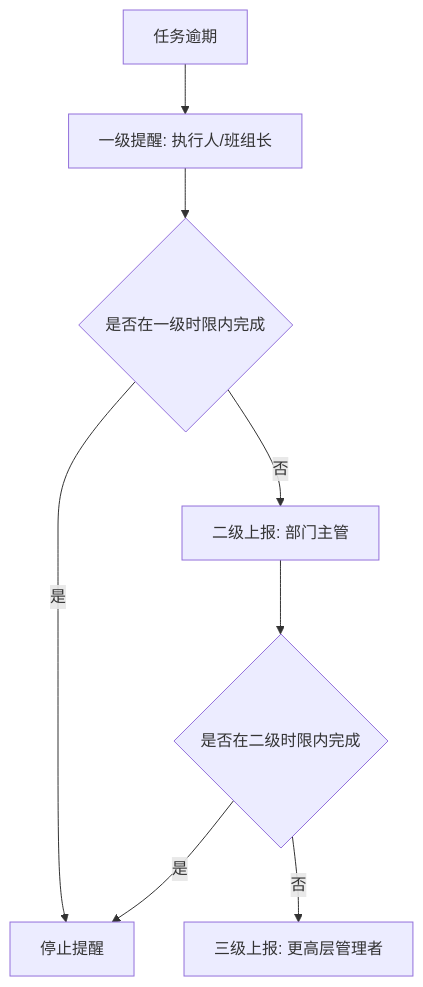
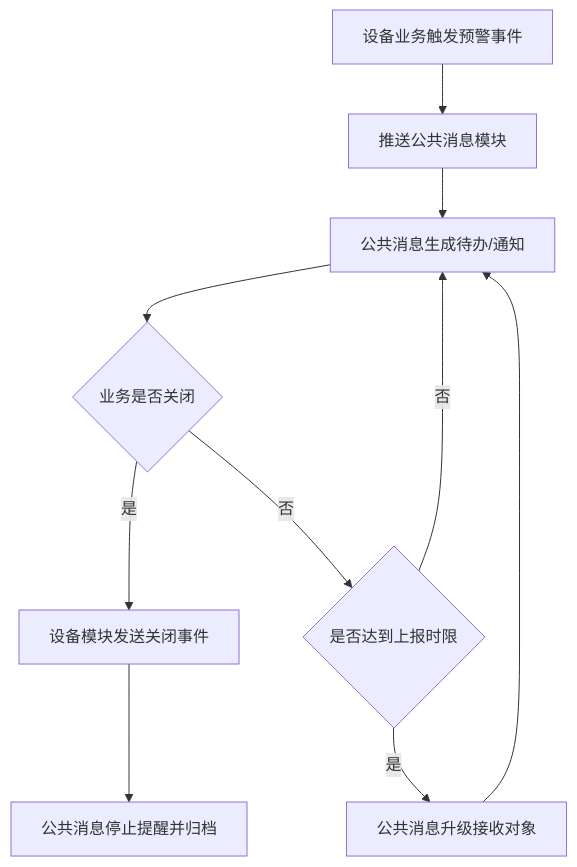
Before and after one commit to front-yummy/equipment-management-standard: the diagram in 需求分析/07-预警通知与逐级上报.md, drawn with Mermaid. The commit also changed other lines of this file and 40 other files, not shown here.

````diff
--- a/需求分析/07-预警通知与逐级上报.md
+++ b/需求分析/07-预警通知与逐级上报.md
@@ -22,10 +35,12 @@
 ```mermaid
 flowchart TD
-    A[任务逾期] --> B[一级提醒: 执行人/班组长]
-    B --> C{是否在一级时限内完成}
-    C -->|是| D[停止提醒]
-    C -->|否| E[二级上报: 部门主管]
-    E --> F{是否在二级时限内完成}
-    F -->|是| D
-    F -->|否| G[三级上报: 更高层管理者]
+    A[设备业务触发预警事件] --> B[推送公共消息模块]
+    B --> C[公共消息生成待办/通知]
+    C --> D{业务是否关闭}
+    D -->|是| E[设备模块发送关闭事件]
+    E --> F[公共消息停止提醒并归档]
+    D -->|否| G{是否达到上报时限}
+    G -->|否| C
+    G -->|是| H[公共消息升级接收对象]
+    H --> C
 ```
````
